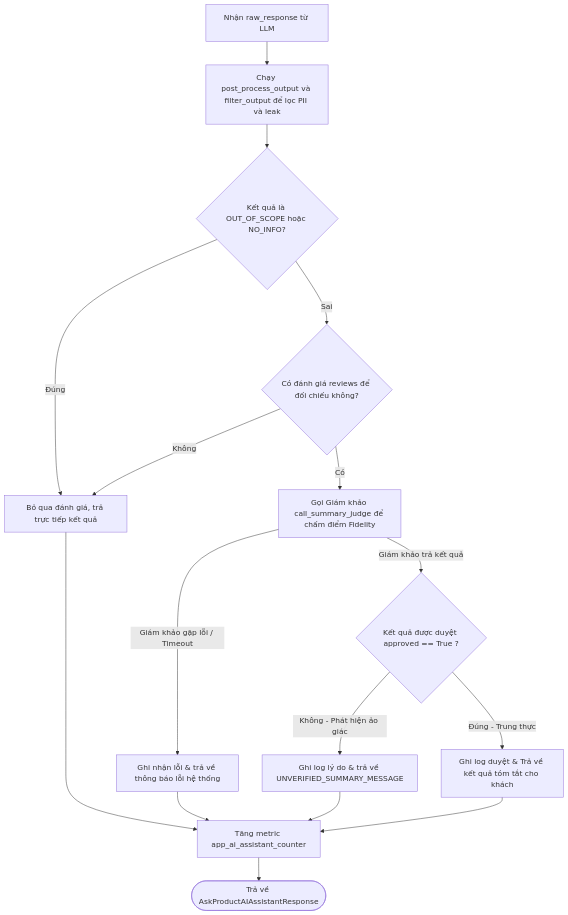
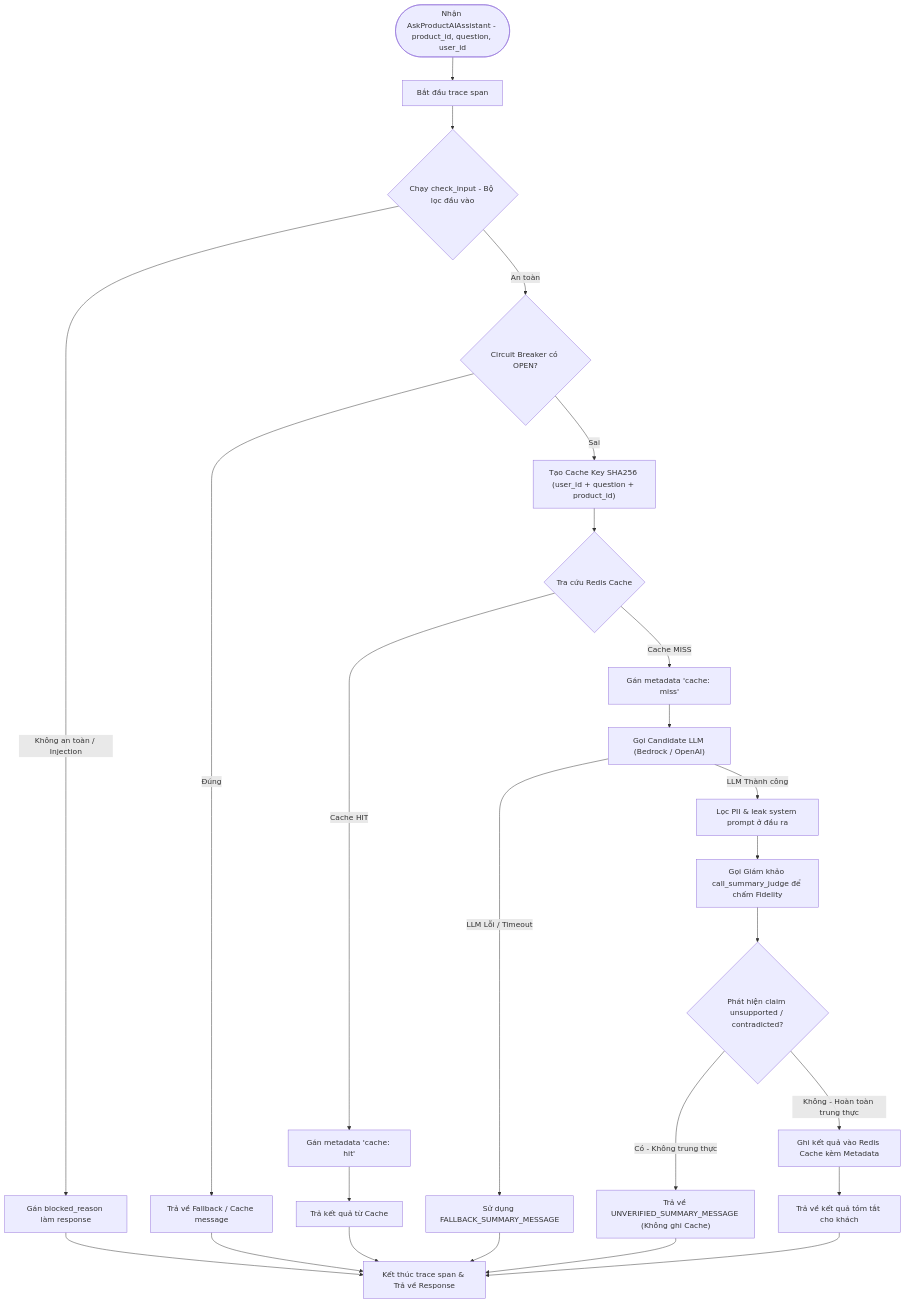
The fourth of 4 diagrams in AIE1/techx-corp-platform/src/product-reviews/README.md (DangThao195/AIO02_TF3_Phase3), drawn with Mermaid before and after one commit. The commit also changed other lines of this file and 54 other files, not shown here.

````diff
--- a/AIE1/techx-corp-platform/src/product-reviews/README.md
+++ b/AIE1/techx-corp-platform/src/product-reviews/README.md
@@ -178,24 +89,35 @@
 ```mermaid
 flowchart TD
-    PostProcess[Nhận raw_response từ LLM] --> OutputFilter["Chạy post_process_output và filter_output để lọc PII và leak"]
-    OutputFilter --> MatchSystemMsg{"Kết quả là OUT_OF_SCOPE hoặc NO_INFO?"}
+    ReqAI(["Nhận AskProductAIAssistant - product_id, question, user_id"]) --> SpanAI["Bắt đầu trace span"]
+    SpanAI --> InputFilter{"Chạy check_input - Bộ lọc đầu vào"}
+    InputFilter -->|Không an toàn / Injection| RetBlocked["Gán blocked_reason làm response"]
     
-    MatchSystemMsg -->|Đúng| RetDirect["Bỏ qua đánh giá, trả trực tiếp kết quả"]
-    MatchSystemMsg -->|Sai| CheckJudge{"Có đánh giá reviews để đối chiếu không?"}
+    InputFilter -->|An toàn| CheckCB{"Circuit Breaker có OPEN?"}
+    CheckCB -->|Đúng| RetFallback["Trả về Fallback / Cache message"]
     
-    CheckJudge -->|Không| RetDirect
-    CheckJudge -->|Có| CallJudge["Gọi Giám khảo call_summary_judge để chấm điểm Fidelity"]
+    CheckCB -->|Sai| BuildKey["Tạo Cache Key SHA256 (user_id + question + product_id)"]
+    BuildKey --> LookupCache{"Tra cứu Redis Cache"}
     
-    CallJudge -->|Giám khảo gặp lỗi / Timeout| FallbackJudge["Ghi nhận lỗi & trả về thông báo lỗi hệ thống"]
-    CallJudge -->|Giám khảo trả kết quả| CheckApprove{"Kết quả được duyệt approved == True ?"}
+    LookupCache -->|Cache HIT| AddHitHeader["Gán metadata 'cache: hit'"]
+    AddHitHeader --> RetCache["Trả kết quả từ Cache"]
     
-    CheckApprove -->|Không - Phát hiện ảo giác| RejectSummary["Ghi log lý do & trả về UNVERIFIED_SUMMARY_MESSAGE"]
-    CheckApprove -->|Đúng - Trung thực| ApproveSummary["Ghi log duyệt & Trả về kết quả tóm tắt cho khách"]
+    LookupCache -->|Cache MISS| AddMissHeader["Gán metadata 'cache: miss'"]
+    AddMissHeader --> CallLLM["Gọi Candidate LLM (Bedrock / OpenAI)"]
     
-    RetDirect --> FinishMetric["Tăng metric app_ai_assistant_counter"]
-    FallbackJudge --> FinishMetric
-    RejectSummary --> FinishMetric
-    ApproveSummary --> FinishMetric
+    CallLLM -->|LLM Lỗi / Timeout| FallbackMsg["Sử dụng FALLBACK_SUMMARY_MESSAGE"]
+    CallLLM -->|LLM Thành công| OutputFilter["Lọc PII & leak system prompt ở đầu ra"]
     
-    FinishMetric --> EndSpanAI(["Trả về AskProductAIAssistantResponse"])
+    OutputFilter --> CallJudge["Gọi Giám khảo call_summary_judge để chấm Fidelity"]
+    CallJudge --> CheckClaims{"Phát hiện claim unsupported / contradicted?"}
+    
+    CheckClaims -->|Có - Không trung thực| RejectSummary["Trả về UNVERIFIED_SUMMARY_MESSAGE (Không ghi Cache)"]
+    CheckClaims -->|Không - Hoàn toàn trung thực| SaveCache["Ghi kết quả vào Redis Cache kèm Metadata"]
+    SaveCache --> ApproveSummary["Trả về kết quả tóm tắt cho khách"]
+    
+    RetBlocked --> EndSpanAI["Kết thúc trace span & Trả về Response"]
+    RetFallback --> EndSpanAI
+    RetCache --> EndSpanAI
+    FallbackMsg --> EndSpanAI
+    RejectSummary --> EndSpanAI
+    ApproveSummary --> EndSpanAI
 ```
````
